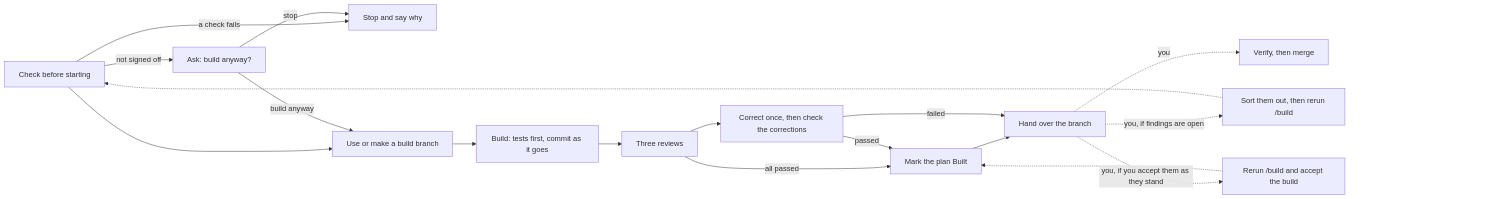
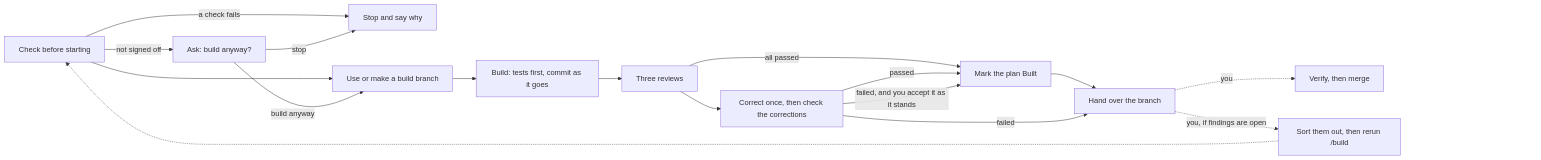
One commit to michaelmarconi/agentic-engineering changed the diagram in docs/skills/build.md. Above: the diagram before and after it, drawn with Mermaid. The commit also changed other lines of this file and 10 other files, not shown here.

First line of the commit message:
Pass the scratchpad in the skills, and ask to accept a failed build at its end

````diff
--- a/docs/skills/build.md
+++ b/docs/skills/build.md
@@ -12,22 +12,21 @@
 ```mermaid
 flowchart LR
     Check[Check before starting] -->|a check fails| Stop[Stop and say why]
     Check --> Branch[Use or make a build branch]
     Check -->|not signed off| Ask[Ask: build anyway?]
     Ask -->|stop| Stop
     Ask -->|build anyway| Branch
     Branch --> Build[Build: tests first, commit as it goes]
     Build --> Review[Three reviews]
     Review --> Correct[Correct once, then check the corrections]
     Review -->|all passed| Built
     Correct -->|passed| Built[Mark the plan Built]
     Built --> Hand[Hand over the branch]
     Correct -->|failed| Hand
     Hand -.->|you| Verify[Verify, then merge]
     Hand -.->|you, if findings are open| Sort[Sort them out, then rerun /build]
     Sort -.-> Check
-    Hand -.->|you, if you accept them as they stand| Accept[Rerun /build and accept the build]
-    Accept -.-> Built
+    Correct -->|failed, and you accept it as it stands| Built
     Verify ~~~ Pad["#nbsp;#nbsp;#nbsp;#nbsp;#nbsp;#nbsp;#nbsp;#nbsp;#nbsp;#nbsp;#nbsp;#nbsp;#nbsp;#nbsp;#nbsp;#nbsp;#nbsp;#nbsp;#nbsp;#nbsp;#nbsp;#nbsp;#nbsp;#nbsp;#nbsp;#nbsp;#nbsp;#nbsp;#nbsp;#nbsp;#nbsp;#nbsp;#nbsp;#nbsp;#nbsp;#nbsp;#nbsp;#nbsp;#nbsp;#nbsp;"]
     style Pad fill:none,stroke:none
 ```
````
